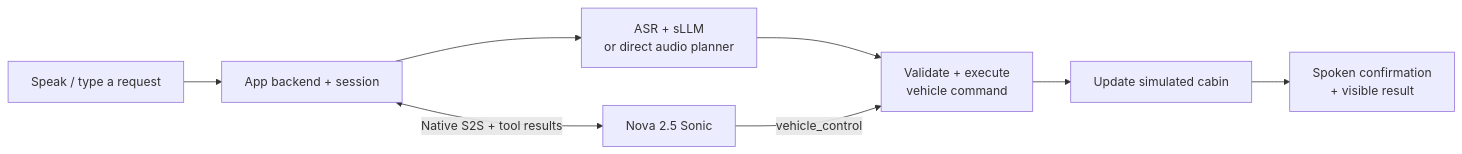
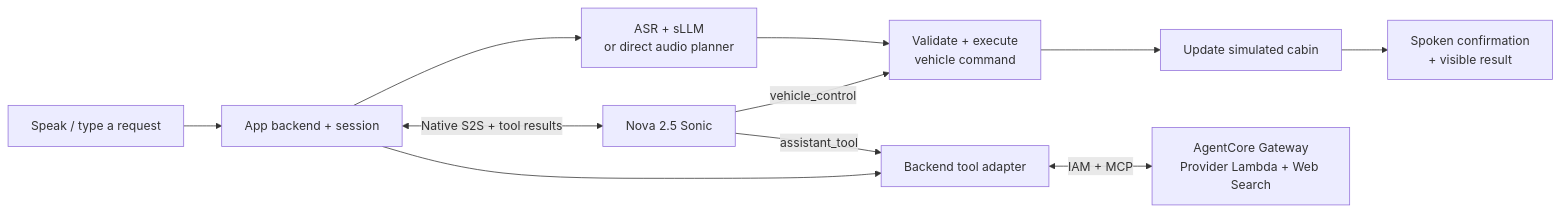
The diagram in README.md (daekeun-ml/vehicle-voice-lab), drawn with Mermaid before and after one commit. The commit also changed other lines of this file and 27 other files, not shown here.

Commit message:
feat: connect AgentCore information tools and live radio with latency screening

````diff
--- a/README.md
+++ b/README.md
@@ -89,10 +99,13 @@
 ```mermaid
 flowchart LR
     User["Speak / type a request"] --> App["App backend + session"]
     App --> Model["ASR + sLLM<br/>or direct audio planner"]
     Model --> Execute["Validate + execute<br/>vehicle command"]
     Execute --> State["Update simulated cabin"]
     State --> Voice["Spoken confirmation<br/>+ visible result"]
     App <-->|"Native S2S + tool results"| Sonic["Nova 2.5 Sonic"]
     Sonic -->|"vehicle_control"| Execute
+    Sonic -->|"assistant_tool"| Tools["Backend tool adapter"]
+    App --> Tools
+    Tools <-->|"IAM + MCP"| Gateway["AgentCore Gateway<br/>Provider Lambda + Web Search"]
 ```
````
